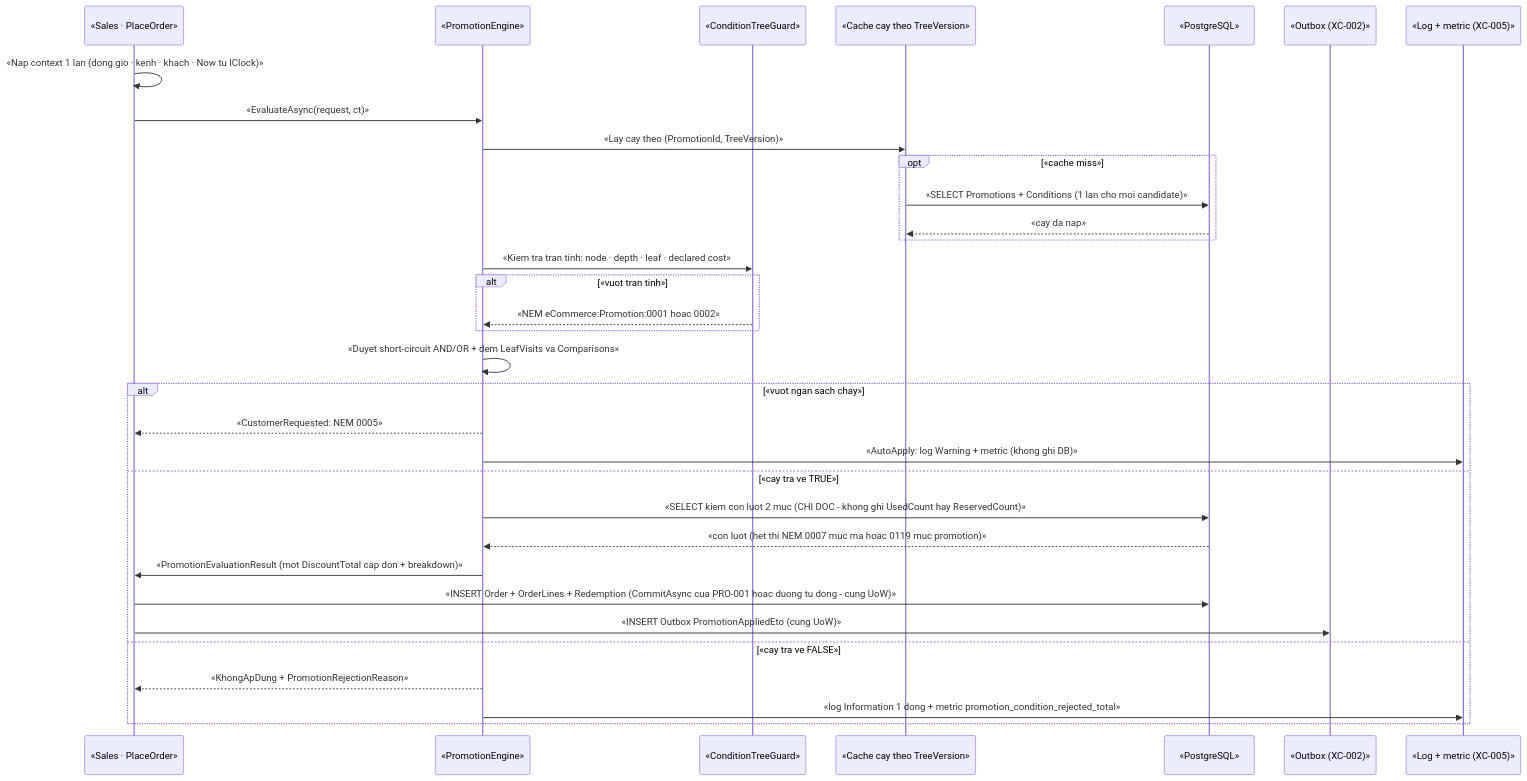
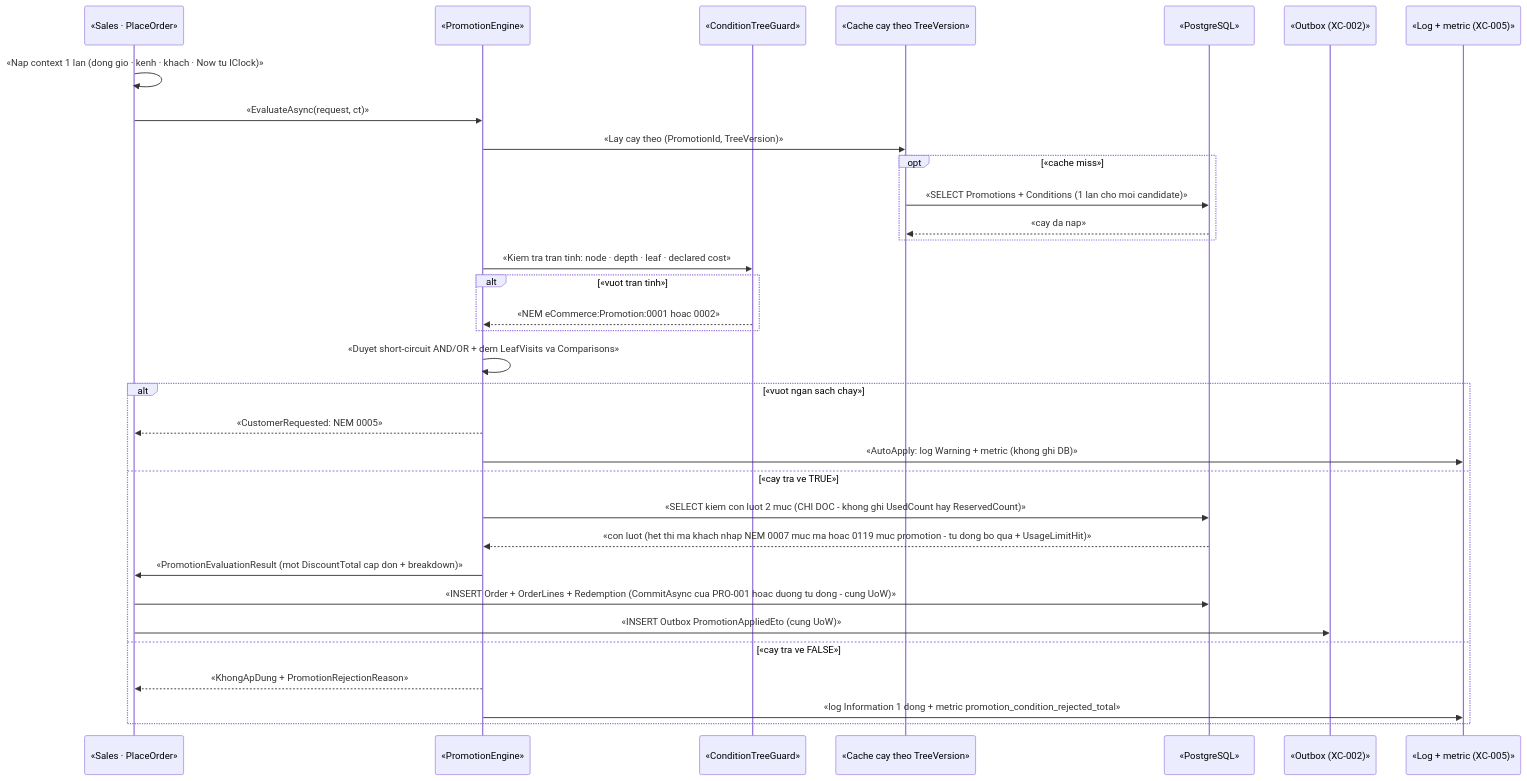
One commit to hungnt9801/eCommerce changed the second of 3 diagrams in docs/features/promotions/pro-002-cay-dieu-kien-engine-khuyen-mai.md. Above: the diagram before and after it, drawn with Mermaid. The commit also changed other lines of this file and 8 other files, not shown here.

````diff
--- a/docs/features/promotions/pro-002-cay-dieu-kien-engine-khuyen-mai.md
+++ b/docs/features/promotions/pro-002-cay-dieu-kien-engine-khuyen-mai.md
@@ -202,36 +202,36 @@
 ```mermaid
 sequenceDiagram
     participant SAL as «Sales · PlaceOrder»
     participant ENG as «PromotionEngine»
     participant GRD as «ConditionTreeGuard»
     participant CAC as «Cache cay theo TreeVersion»
     participant DB as «PostgreSQL»
     participant OUT as «Outbox (XC-002)»
     participant LOG as «Log + metric (XC-005)»
 
     SAL->>SAL: «Nap context 1 lan (dong gio · kenh · khach · Now tu IClock)»
     SAL->>ENG: «EvaluateAsync(request, ct)»
     ENG->>CAC: «Lay cay theo (PromotionId, TreeVersion)»
     opt «cache miss»
         CAC->>DB: «SELECT Promotions + Conditions (1 lan cho moi candidate)»
         DB-->>CAC: «cay da nap»
     end
     ENG->>GRD: «Kiem tra tran tinh: node · depth · leaf · declared cost»
     alt «vuot tran tinh»
         GRD-->>ENG: «NEM eCommerce:Promotion:0001 hoac 0002»
     end
     ENG->>ENG: «Duyet short-circuit AND/OR + dem LeafVisits va Comparisons»
     alt «vuot ngan sach chay»
         ENG-->>SAL: «CustomerRequested: NEM 0005»
         ENG->>LOG: «AutoApply: log Warning + metric (khong ghi DB)»
     else «cay tra ve TRUE»
         ENG->>DB: «SELECT kiem con luot 2 muc (CHI DOC - khong ghi UsedCount hay ReservedCount)»
-        DB-->>ENG: «con luot (het thi NEM 0007 muc ma hoac 0119 muc promotion)»
+        DB-->>ENG: «con luot (het thi ma khach nhap NEM 0007 muc ma hoac 0119 muc promotion - tu dong bo qua + UsageLimitHit)»
         ENG->>SAL: «PromotionEvaluationResult (mot DiscountTotal cap don + breakdown)»
         SAL->>DB: «INSERT Order + OrderLines + Redemption (CommitAsync cua PRO-001 hoac duong tu dong - cung UoW)»
         SAL->>OUT: «INSERT Outbox PromotionAppliedEto (cung UoW)»
     else «cay tra ve FALSE»
         ENG-->>SAL: «KhongApDung + PromotionRejectionReason»
         ENG->>LOG: «log Information 1 dong + metric promotion_condition_rejected_total»
     end
 ```
````
